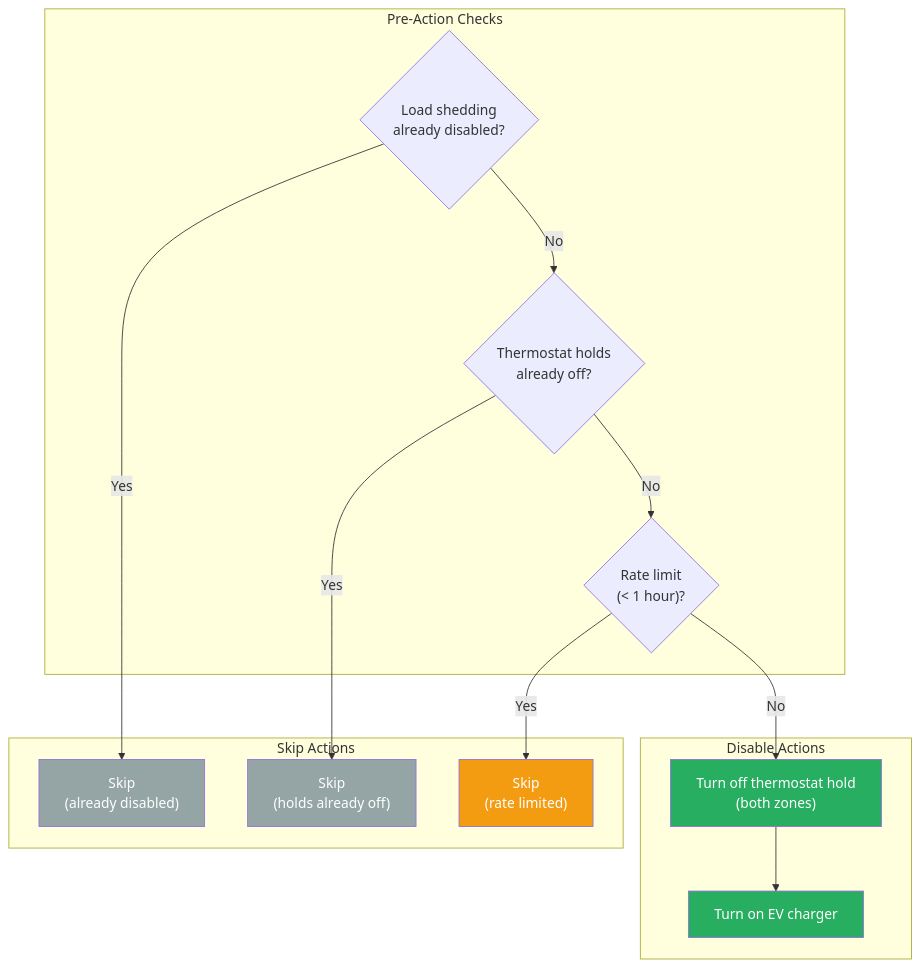
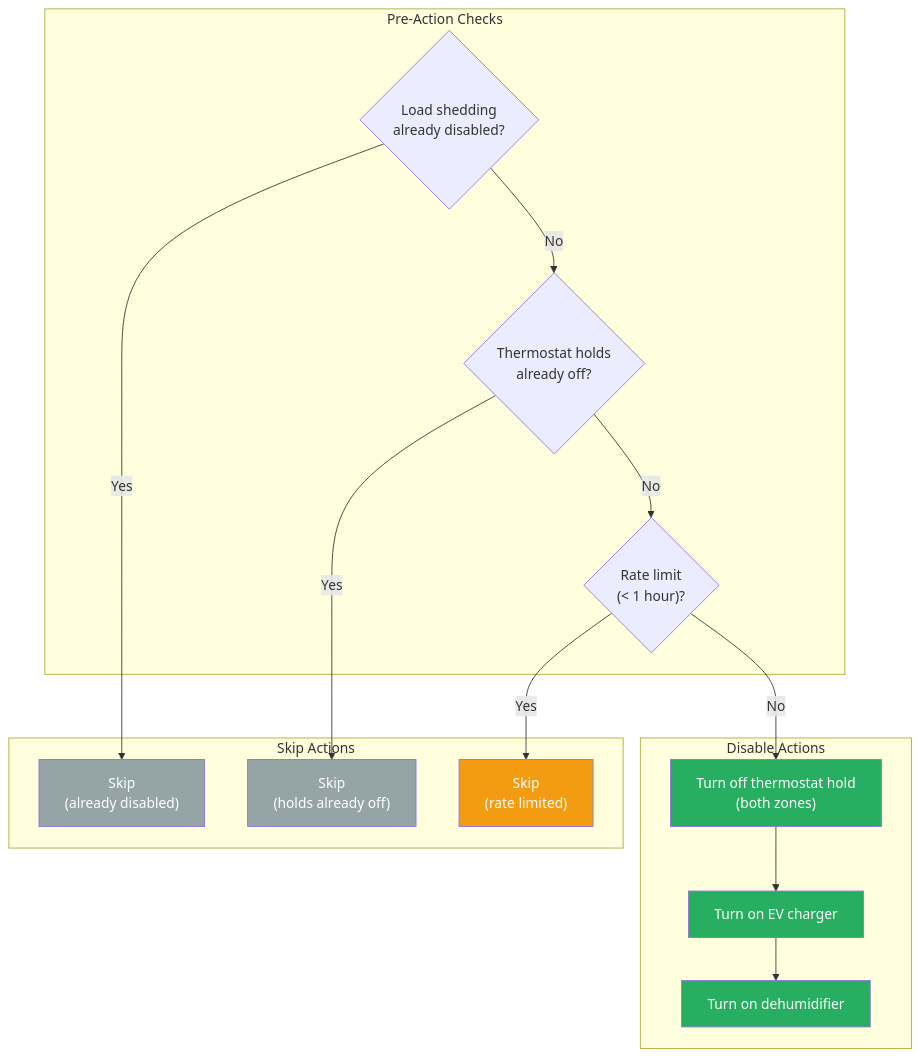
The third of 7 diagrams in docs/flows/LOAD_SHEDDING.md (NickBorgers/home-automation), drawn with Mermaid before and after one commit. The commit also changed other lines of this file and 2 other files, not shown here.

First line of the commit message:
feat: Add dehumidifier to load shedding controlled devices

````diff
--- a/docs/flows/LOAD_SHEDDING.md
+++ b/docs/flows/LOAD_SHEDDING.md
@@ -82,33 +85,36 @@
 ```mermaid
 flowchart TD
     subgraph Check["Pre-Action Checks"]
         alreadyOff{"Load shedding<br/>already disabled?"}
         checkHold{"Thermostat holds<br/>already off?"}
         rateLimit{"Rate limit<br/>(< 1 hour)?"}
     end
 
     subgraph Skip["Skip Actions"]
         skipOff["Skip<br/>(already disabled)"]
         skipHold["Skip<br/>(holds already off)"]
         skipRate["Skip<br/>(rate limited)"]
     end
 
     subgraph Actions["Disable Actions"]
         turnOffHold["Turn off thermostat hold<br/>(both zones)"]
         turnOnEV["Turn on EV charger"]
+        turnOnDehum["Turn on dehumidifier"]
     end
 
     alreadyOff -->|Yes| skipOff
     alreadyOff -->|No| checkHold
     checkHold -->|Yes| skipHold
     checkHold -->|No| rateLimit
     rateLimit -->|Yes| skipRate
     rateLimit -->|No| turnOffHold
     turnOffHold --> turnOnEV
+    turnOnEV --> turnOnDehum
 
     style skipOff fill:#95a5a6,color:#fff
     style skipHold fill:#95a5a6,color:#fff
     style skipRate fill:#f39c12,color:#fff
     style turnOffHold fill:#27ae60,color:#fff
     style turnOnEV fill:#27ae60,color:#fff
+    style turnOnDehum fill:#27ae60,color:#fff
 ```
````
